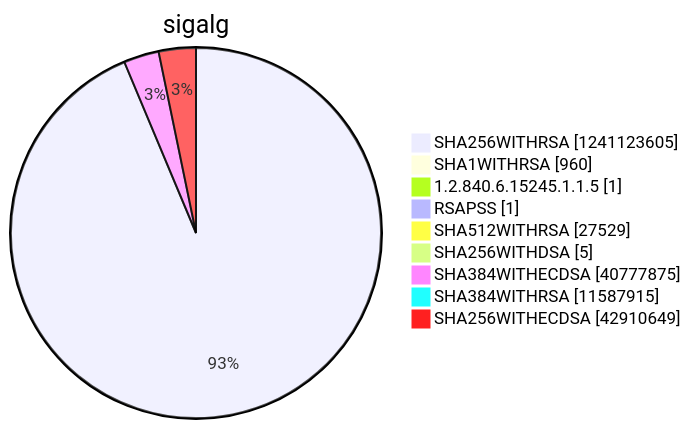
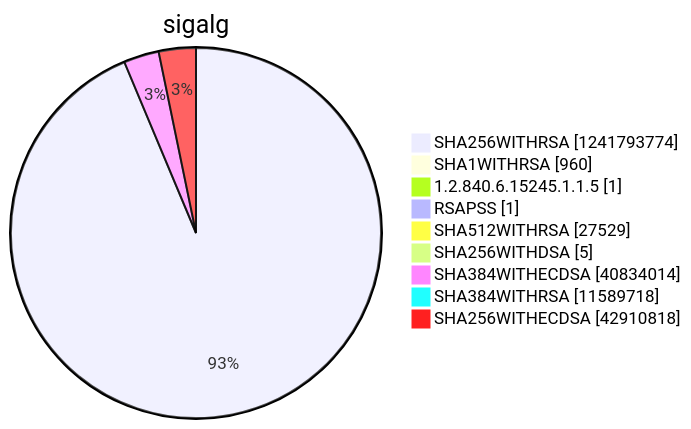
Diagram 15 of 15 in argon2022/README.md (christiankrug/ctmonitor_visualization), drawn with Mermaid before and after one commit. The commit also changed other lines of this file, not shown here.

````diff
--- a/argon2022/README.md
+++ b/argon2022/README.md
@@ -5522,13 +5522,13 @@
 ```mermaid
 pie showData
 title sigalg
-"SHA256WITHRSA" :1241123605
+"SHA256WITHRSA" :1241793774
 "SHA1WITHRSA" :960
 "1.2.840.6.15245.1.1.5" :1
 "RSAPSS" :1
 "SHA512WITHRSA" :27529
 "SHA256WITHDSA" :5
-"SHA384WITHECDSA" :40777875
-"SHA384WITHRSA" :11587915
-"SHA256WITHECDSA" :42910649
+"SHA384WITHECDSA" :40834014
+"SHA384WITHRSA" :11589718
+"SHA256WITHECDSA" :42910818
 ```
````
